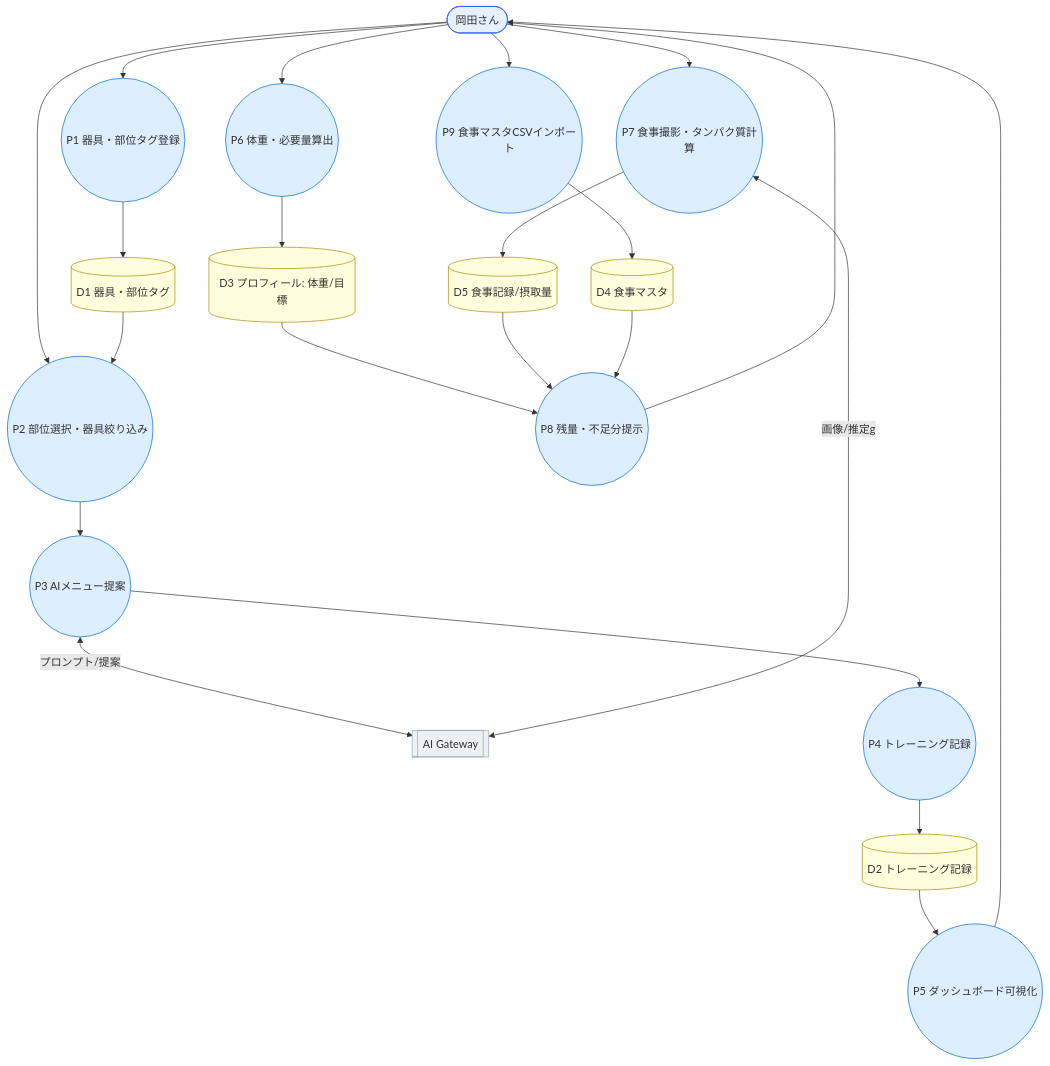
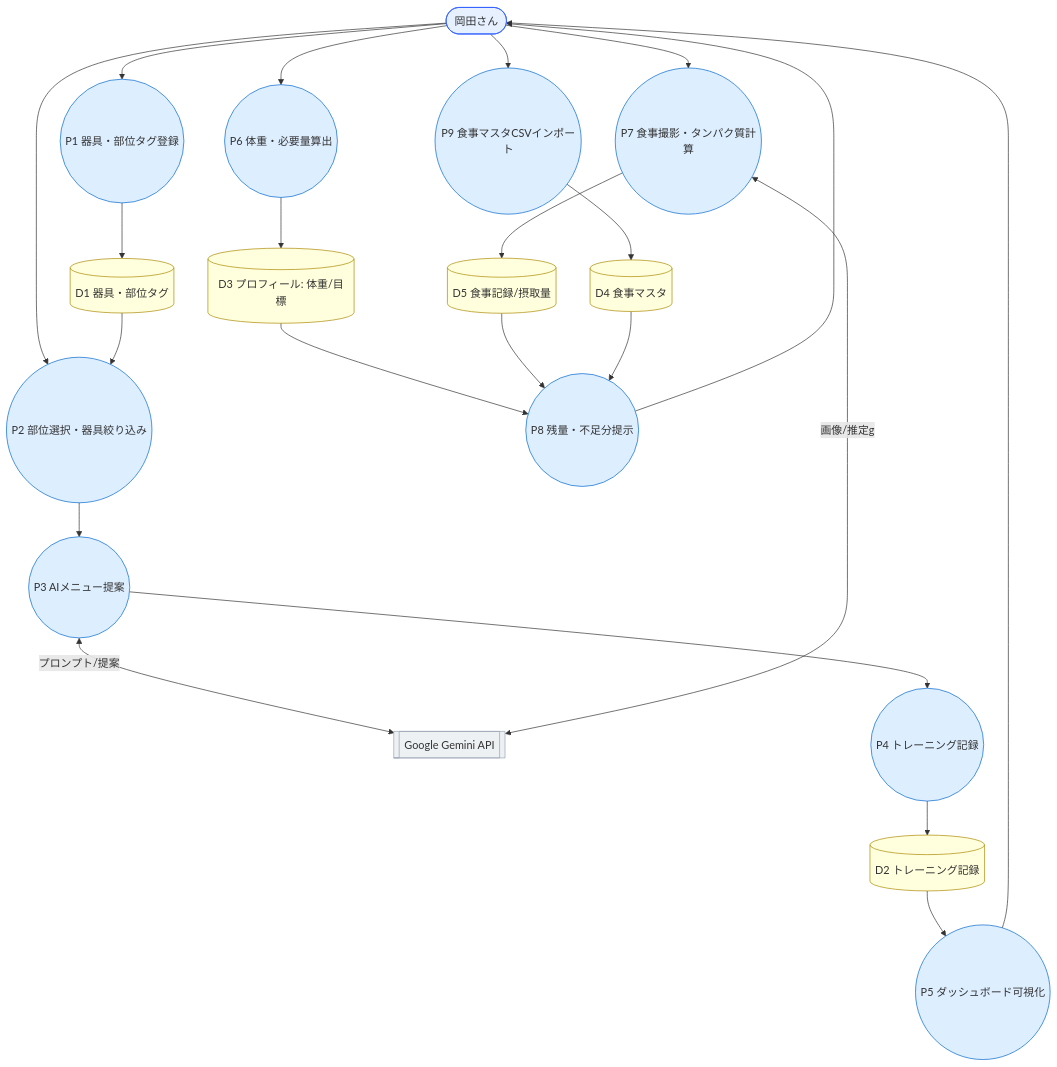
One commit to k-okada51/okada-fit changed the second of 2 diagrams in docs/02_設計/10_システム基本設計/03_データフロー.md. Above: the diagram before and after it, drawn with Mermaid. The commit also changed other lines of this file and 37 other files, not shown here.

````diff
--- a/docs/02_設計/10_システム基本設計/03_データフロー.md
+++ b/docs/02_設計/10_システム基本設計/03_データフロー.md
@@ -50,40 +50,40 @@
 ```mermaid
 flowchart TB
   classDef biz fill:#e6f0ff,stroke:#2b5cff;
   classDef ext fill:#eef1f4,stroke:#98a2b3;
   classDef proc fill:#def,stroke:#06c;
   classDef ds fill:#ffd,stroke:#a80;
 
   USER(["岡田さん"]):::biz
-  AIGW[["AI Gateway"]]:::ext
+  AIGW[["Google Gemini API"]]:::ext
 
   P1((P1 器具・部位タグ登録)):::proc
   P2((P2 部位選択・器具絞り込み)):::proc
   P3((P3 AIメニュー提案)):::proc
   P4((P4 トレーニング記録)):::proc
   P5((P5 ダッシュボード可視化)):::proc
   P6((P6 体重・必要量算出)):::proc
   P7((P7 食事撮影・タンパク質計算)):::proc
   P8((P8 残量・不足分提示)):::proc
   P9((P9 食事マスタCSVインポート)):::proc
 
   D1[(D1 器具・部位タグ)]:::ds
   D2[(D2 トレーニング記録)]:::ds
   D3[(D3 プロフィール: 体重/目標)]:::ds
   D4[(D4 食事マスタ)]:::ds
   D5[(D5 食事記録/摂取量)]:::ds
 
   USER --> P1 --> D1
   USER --> P2
   D1 --> P2 --> P3
   P3 <-->|プロンプト/提案| AIGW
   P3 --> P4 --> D2 --> P5 --> USER
   USER --> P6 --> D3
   USER --> P7
   P7 <-->|画像/推定g| AIGW
   P7 --> D5
   D3 --> P8
   D5 --> P8
   D4 --> P8 --> USER
   USER --> P9 --> D4
 ```
````
